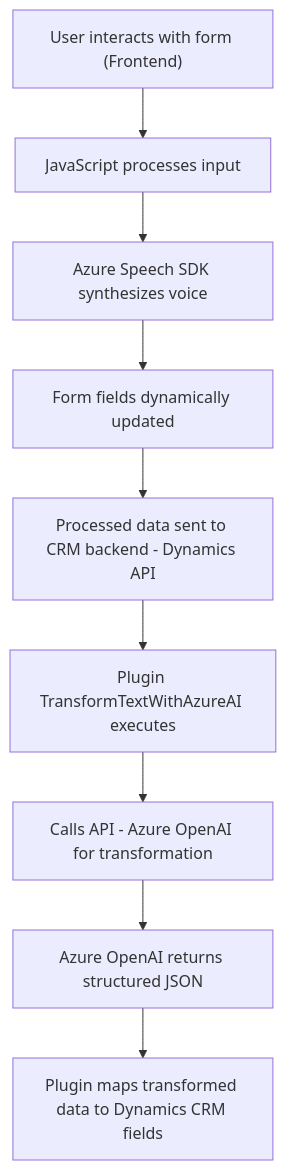
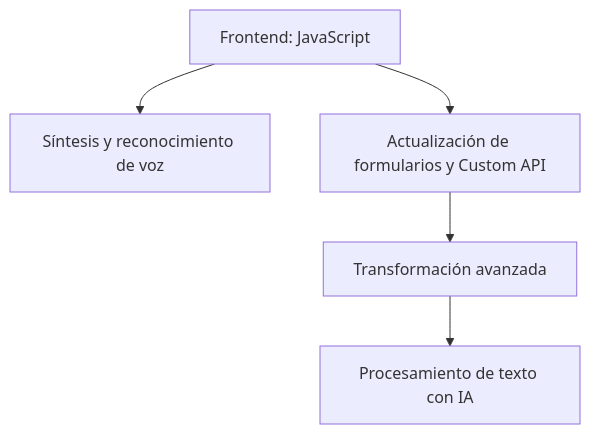
The diagram in README.md (blopezdm/NETCORE_BILBAO2025), drawn with Mermaid before and after one commit. The commit also changed other lines of this file, not shown here.

Commit message:
Actualizar análisis global de la solución con IA

````diff
--- a/README.md
+++ b/README.md
@@ -42,11 +40,13 @@
 ```mermaid
 graph TD
-    A["User interacts with form (Frontend)"] --> B["JavaScript processes input"]
-    B --> C["Azure Speech SDK synthesizes voice"]
-    C --> D["Form fields dynamically updated"]
-    D --> E["Processed data sent to CRM backend - Dynamics API"]
-    E --> F["Plugin TransformTextWithAzureAI executes"]
-    F --> G["Calls API - Azure OpenAI for transformation"]
-    G --> H["Azure OpenAI returns structured JSON"]
-    H --> I["Plugin maps transformed data to Dynamics CRM fields"]
+  A["Frontend: JavaScript"]
+  B["Azure Speech SDK"]
+  C["Dynamics Web API"]
+  D["Backend: Plugins (C#)"]
+  E["Azure OpenAI API"]
+  
+  A --> B["Síntesis y reconocimiento de voz"]
+  A --> C["Actualización de formularios y Custom API"]
+  C --> D["Transformación avanzada"]
+  D --> E["Procesamiento de texto con IA"]
 ```
````
